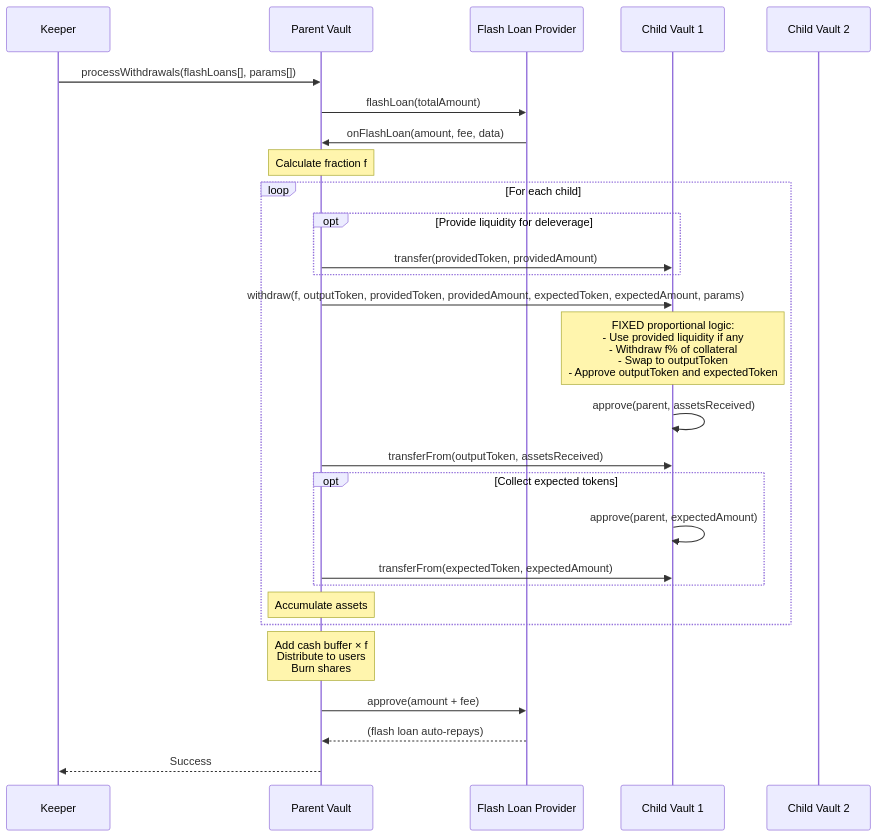
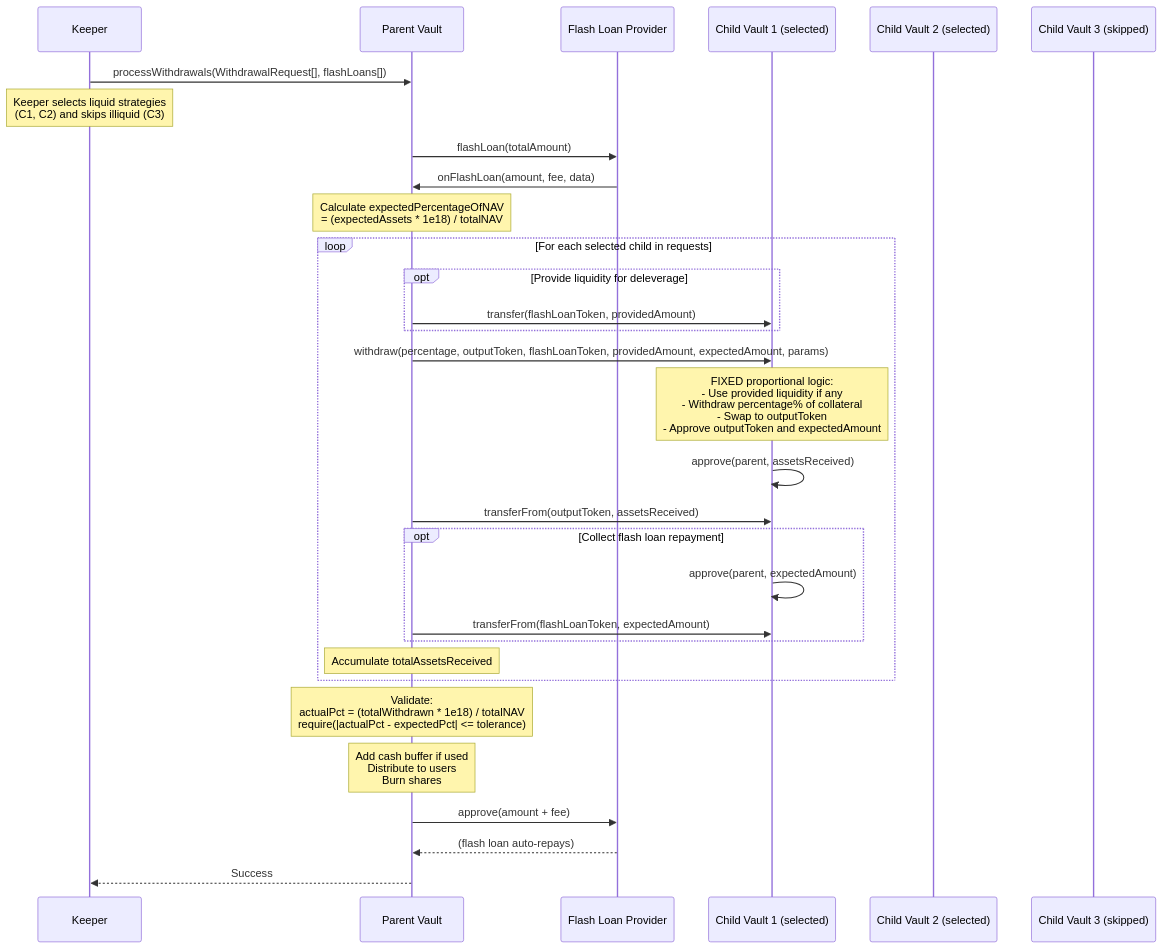
Before and after one commit to evgenynacu/leveraged-defi-strategy-contracts: the second of 3 diagrams in docs/adr/0005-deposit-withdrawal-settlement.md, drawn with Mermaid. The commit also changed other lines of this file and 11 other files, not shown here.

````diff
--- a/docs/adr/0005-deposit-withdrawal-settlement.md
+++ b/docs/adr/0005-deposit-withdrawal-settlement.md
@@ -280,42 +302,47 @@
 ```mermaid
 sequenceDiagram
     participant K as Keeper
     participant P as Parent Vault
     participant FL as Flash Loan Provider
-    participant C1 as Child Vault 1
-    participant C2 as Child Vault 2
+    participant C1 as Child Vault 1 (selected)
+    participant C2 as Child Vault 2 (selected)
+    participant C3 as Child Vault 3 (skipped)
 
-    K->>P: processWithdrawals(flashLoans[], params[])
+    K->>P: processWithdrawals(WithdrawalRequest[], flashLoans[])
+
+    Note over K: Keeper selects liquid strategies<br/>(C1, C2) and skips illiquid (C3)
 
     P->>FL: flashLoan(totalAmount)
 
     FL->>P: onFlashLoan(amount, fee, data)
 
-    Note over P: Calculate fraction f
+    Note over P: Calculate expectedPercentageOfNAV<br/>= (expectedAssets * 1e18) / totalNAV
 
-    loop For each child
+    loop For each selected child in requests
         opt Provide liquidity for deleverage
-            P->>C1: transfer(providedToken, providedAmount)
+            P->>C1: transfer(flashLoanToken, providedAmount)
         end
-        P->>C1: withdraw(f, outputToken, providedToken, providedAmount, expectedToken, expectedAmount, params)
+        P->>C1: withdraw(percentage, outputToken, flashLoanToken, providedAmount, expectedAmount, params)
 
-        Note over C1: FIXED proportional logic:<br/>- Use provided liquidity if any<br/>- Withdraw f% of collateral<br/>- Swap to outputToken<br/>- Approve outputToken and expectedToken
+        Note over C1: FIXED proportional logic:<br/>- Use provided liquidity if any<br/>- Withdraw percentage% of collateral<br/>- Swap to outputToken<br/>- Approve outputToken and expectedAmount
 
         C1->>C1: approve(parent, assetsReceived)
         P->>C1: transferFrom(outputToken, assetsReceived)
 
-        opt Collect expected tokens
+        opt Collect flash loan repayment
             C1->>C1: approve(parent, expectedAmount)
-            P->>C1: transferFrom(expectedToken, expectedAmount)
+            P->>C1: transferFrom(flashLoanToken, expectedAmount)
         end
 
-        Note over P: Accumulate assets
+        Note over P: Accumulate totalAssetsReceived
     end
 
-    Note over P: Add cash buffer × f<br/>Distribute to users<br/>Burn shares
+    Note over P: Validate:<br/>actualPct = (totalWithdrawn * 1e18) / totalNAV<br/>require(|actualPct - expectedPct| <= tolerance)
+
+    Note over P: Add cash buffer if used<br/>Distribute to users<br/>Burn shares
 
     P->>FL: approve(amount + fee)
     FL-->>P: (flash loan auto-repays)
 
     P-->>K: Success
 ```
````
